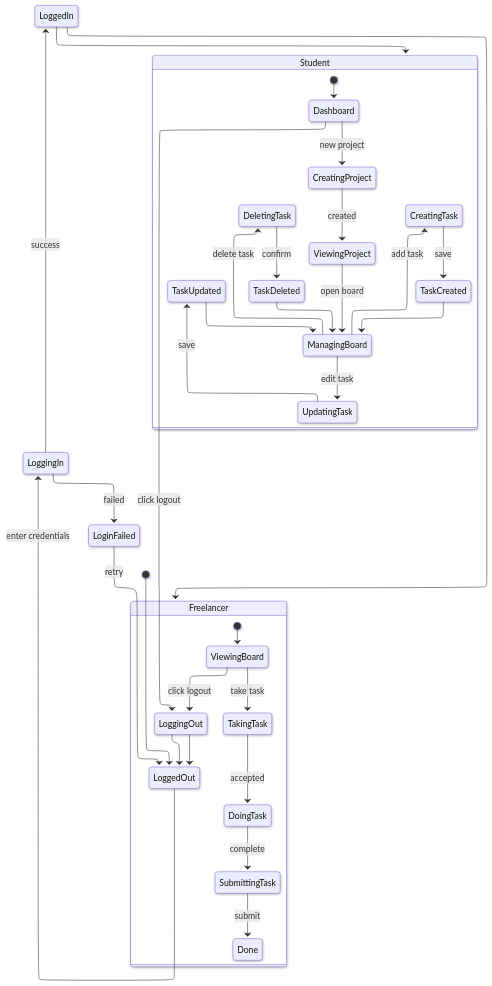
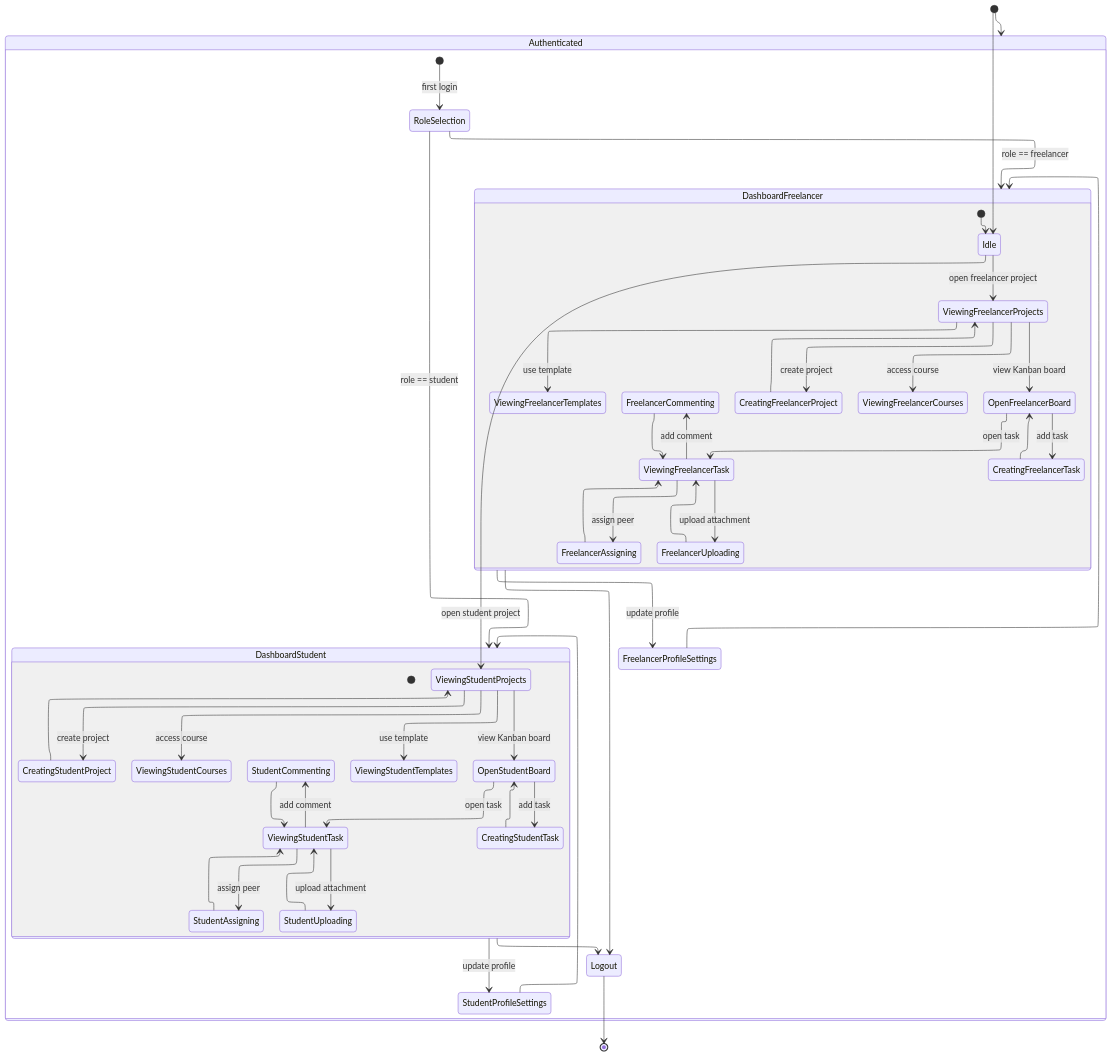
One commit to aarlazuardi/fix-sisfor-desain-sistem changed the diagram in state-diagram.md. Above: the diagram before and after it, drawn with Mermaid. The commit also changed 4 other files, not shown here.

````diff
--- a/state-diagram.md
+++ b/state-diagram.md
@@ -3,62 +3,74 @@
 ```mermaid
 ---
 config:
   layout: elk
-  look: neo
+  look: classic
   theme: default
 ---
 stateDiagram
   direction TB
-  state Student {
+  state Authenticated {
     direction TB
-    [*] --> Dashboard
-    Dashboard --> CreatingProject:new project
-    CreatingProject --> ViewingProject:created
-    ViewingProject --> ManagingBoard:open board
-    ManagingBoard --> CreatingTask:add task
-    CreatingTask --> TaskCreated:save
-    TaskCreated --> ManagingBoard
-    ManagingBoard --> UpdatingTask:edit task
-    UpdatingTask --> TaskUpdated:save
-    TaskUpdated --> ManagingBoard
-    ManagingBoard --> DeletingTask:delete task
-    DeletingTask --> TaskDeleted:confirm
-    TaskDeleted --> ManagingBoard
-[*]    Dashboard
-    CreatingProject
-    ViewingProject
-    ManagingBoard
-    CreatingTask
-    TaskCreated
-    UpdatingTask
-    TaskUpdated
-    DeletingTask
-    TaskDeleted
+    [*] --> RoleSelection:first login
+    RoleSelection --> DashboardStudent:role == student
+    RoleSelection --> DashboardFreelancer:role == freelancer
+    DashboardStudent --> StudentProfileSettings:update profile
+    StudentProfileSettings --> DashboardStudent
+    DashboardFreelancer --> FreelancerProfileSettings:update profile
+    FreelancerProfileSettings --> DashboardFreelancer
+    DashboardStudent --> Logout
+    DashboardFreelancer --> Logout
+    state DashboardStudent {
+      direction TB
+      ViewingStudentProjects --> CreatingStudentProject:create project
+      CreatingStudentProject --> ViewingStudentProjects
+      ViewingStudentProjects --> OpenStudentBoard:view Kanban board
+      OpenStudentBoard --> CreatingStudentTask:add task
+      CreatingStudentTask --> OpenStudentBoard
+      OpenStudentBoard --> ViewingStudentTask:open task
+      ViewingStudentTask --> StudentCommenting:add comment
+      ViewingStudentTask --> StudentUploading:upload attachment
+      ViewingStudentTask --> StudentAssigning:assign peer
+      StudentCommenting --> ViewingStudentTask
+      StudentUploading --> ViewingStudentTask
+      StudentAssigning --> ViewingStudentTask
+      ViewingStudentProjects --> ViewingStudentCourses:access course
+      ViewingStudentProjects --> ViewingStudentTemplates:use template
+      [*]
+    }
+    state DashboardFreelancer {
+      direction TB
+      [*] --> Idle
+      Idle --> ViewingFreelancerProjects:open freelancer project
+      ViewingFreelancerProjects --> CreatingFreelancerProject:create project
+      CreatingFreelancerProject --> ViewingFreelancerProjects
+      ViewingFreelancerProjects --> OpenFreelancerBoard:view Kanban board
+      OpenFreelancerBoard --> CreatingFreelancerTask:add task
+      CreatingFreelancerTask --> OpenFreelancerBoard
+      OpenFreelancerBoard --> ViewingFreelancerTask:open task
+      ViewingFreelancerTask --> FreelancerCommenting:add comment
+      ViewingFreelancerTask --> FreelancerUploading:upload attachment
+      ViewingFreelancerTask --> FreelancerAssigning:assign peer
+      FreelancerCommenting --> ViewingFreelancerTask
+      FreelancerUploading --> ViewingFreelancerTask
+      FreelancerAssigning --> ViewingFreelancerTask
+      ViewingFreelancerProjects --> ViewingFreelancerCourses:access course
+      ViewingFreelancerProjects --> ViewingFreelancerTemplates:use template
+      Idle
+[*]      ViewingFreelancerProjects
+      CreatingFreelancerProject
+      OpenFreelancerBoard
+      CreatingFreelancerTask
+      ViewingFreelancerTask
+      FreelancerCommenting
+      FreelancerUploading
+      FreelancerAssigning
+      ViewingFreelancerCourses
+      ViewingFreelancerTemplates
+    }
   }
-  state Freelancer {
-    direction TB
-    LoggingOut --> LoggedOut
-    [*] --> ViewingBoard
-    ViewingBoard --> TakingTask:take task
-    TakingTask --> DoingTask:accepted
-    DoingTask --> SubmittingTask:complete
-    SubmittingTask --> Done:submit
-    ViewingBoard --> LoggingOut:click logout
-    LoggingOut --> LoggedOut
-    LoggingOut
-    LoggedOut
-[*]    ViewingBoard
-    TakingTask
-    DoingTask
-    SubmittingTask
-    Done
-  }
-  [*] --> LoggedOut
-  LoggedOut --> LoggingIn:enter credentials
-  LoggingIn --> LoggedIn:success
-  LoggingIn --> LoginFailed:failed
-  LoginFailed --> LoggedOut:retry
-  LoggedIn --> Student
-  LoggedIn --> Freelancer
-  Dashboard --> LoggingOut:click logout
+  [*] --> Authenticated
+  [*] --> Idle
+  Idle --> ViewingStudentProjects:open student project
+  Logout --> [*]
 ```
````
